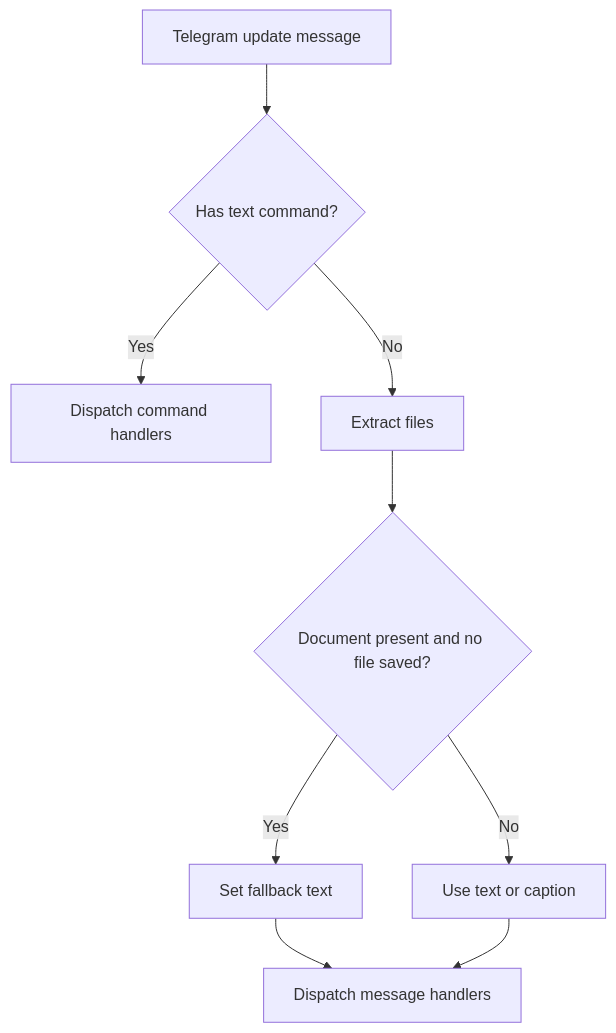
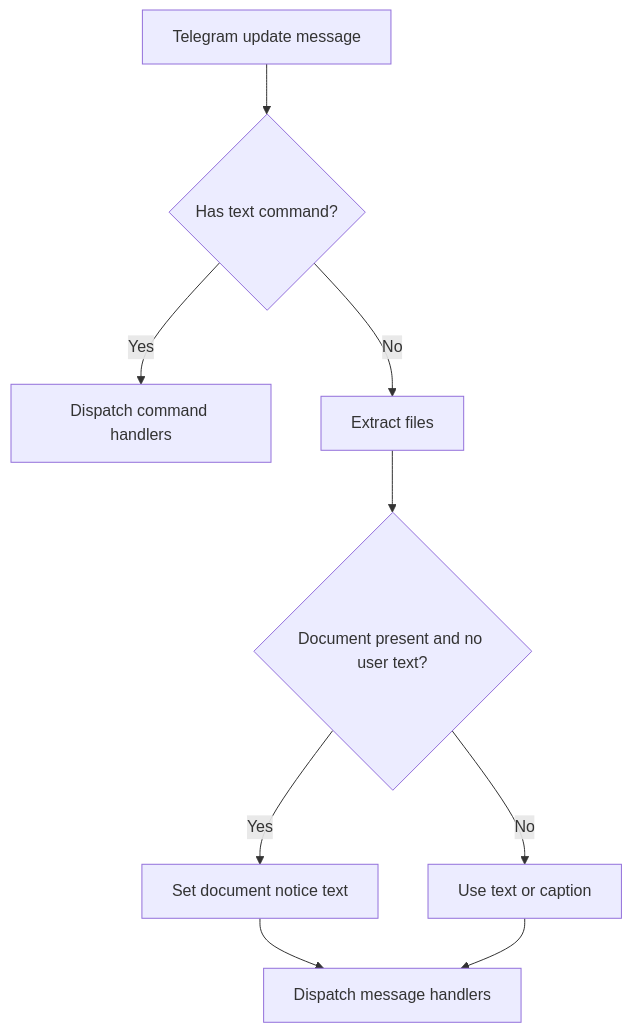
One commit to ex3ndr-bot/daycare changed the diagram in doc/internals/telegram-document-receive.md. Above: the diagram before and after it, drawn with Mermaid. The commit also changed other lines of this file and 2 other files, not shown here.

````diff
--- a/doc/internals/telegram-document-receive.md
+++ b/doc/internals/telegram-document-receive.md
@@ -16,11 +16,11 @@
 ```mermaid
 flowchart TD
   A[Telegram update message] --> B{Has text command?}
   B -->|Yes| C[Dispatch command handlers]
   B -->|No| D[Extract files]
-  D --> E{Document present and no file saved?}
-  E -->|Yes| F[Set fallback text]
+  D --> E{Document present and no user text?}
+  E -->|Yes| F[Set document notice text]
   E -->|No| G[Use text or caption]
   F --> H[Dispatch message handlers]
   G --> H
 ```
````
